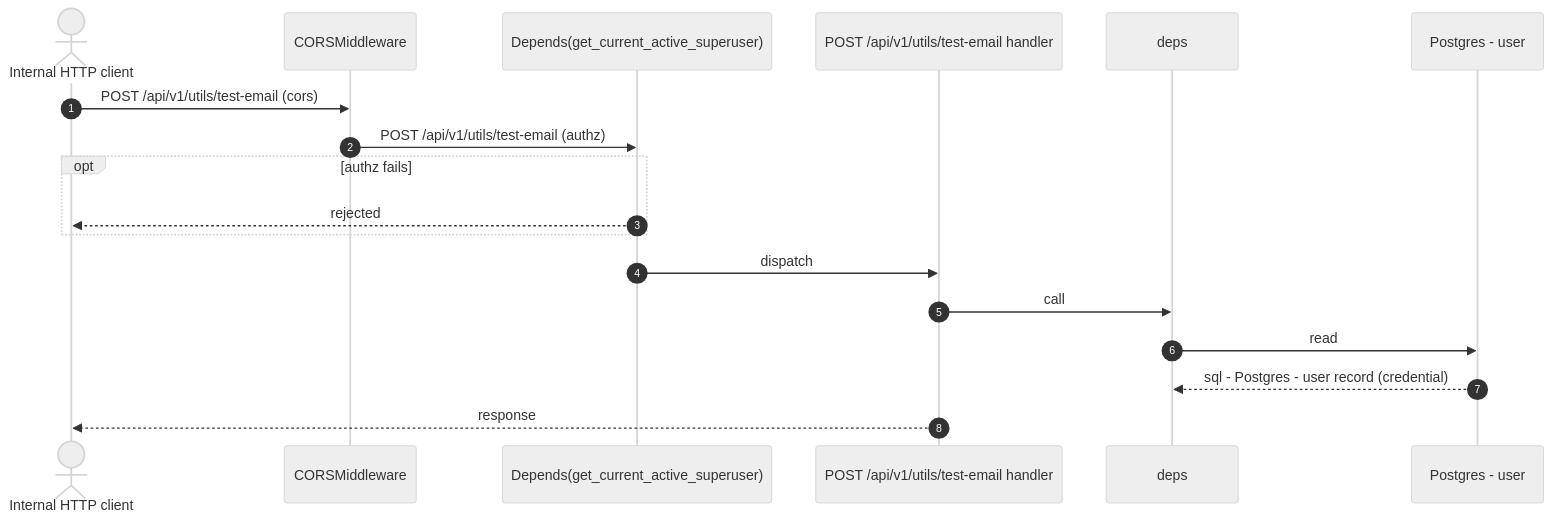
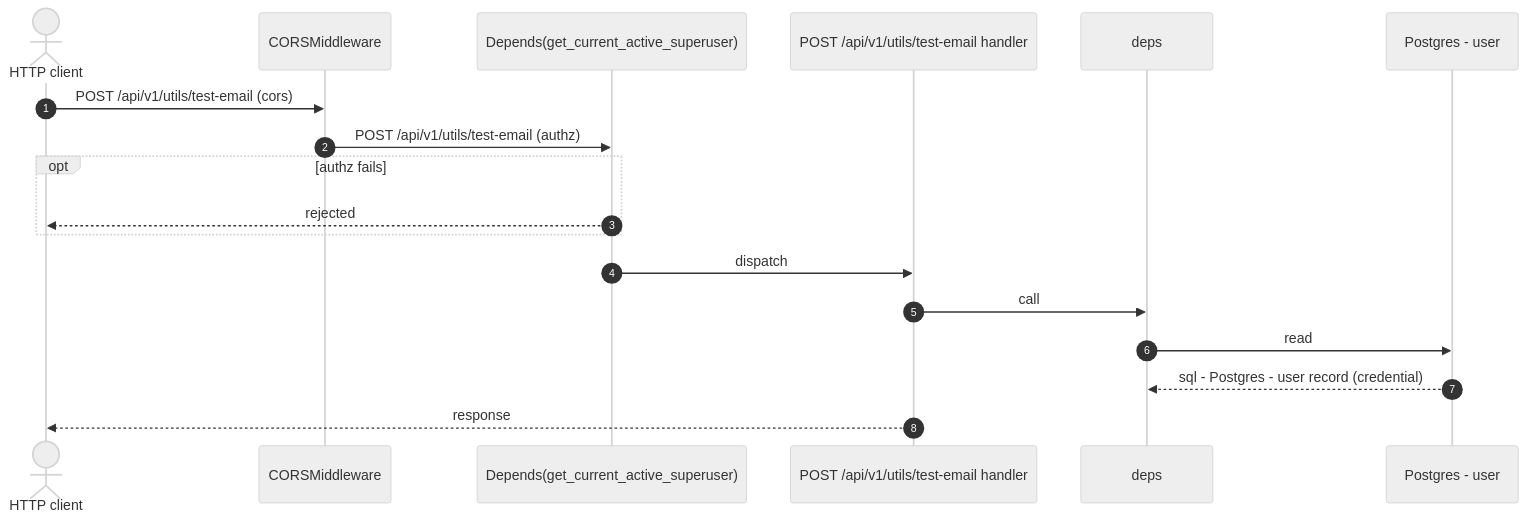
One commit to AskShri/code2designmapping changed the diagram in evaluation/fastapi-full-stack/diagrams/flow-2kez6lklmn.mmd. Above: the diagram before and after it, drawn with Mermaid (neutral theme). The commit also changed 164 other files, not shown here.

```diff
--- a/evaluation/fastapi-full-stack/diagrams/flow-2kez6lklmn.mmd
+++ b/evaluation/fastapi-full-stack/diagrams/flow-2kez6lklmn.mmd
@@ -1,19 +1,19 @@
 %% Control flow: POST /api/v1/utils/test-email
 sequenceDiagram
   autonumber
-  actor ext_3nnzcvcul3 as Internal HTTP client
+  actor ext_sga4qktkap as HTTP client
   participant ctl_wd5aciiryx as CORSMiddleware
   participant ctl_yjtluncq5r as Depends(get_current_active_superuser)
   participant proc_glq3za7d27 as POST /api/v1/utils/test-email handler
   participant proc_y2oca677vj as deps
   participant store_tvae56uepz as Postgres - user
-  ext_3nnzcvcul3->>ctl_wd5aciiryx: POST /api/v1/utils/test-email (cors)
+  ext_sga4qktkap->>ctl_wd5aciiryx: POST /api/v1/utils/test-email (cors)
   ctl_wd5aciiryx->>ctl_yjtluncq5r: POST /api/v1/utils/test-email (authz)
   opt authz fails
-    ctl_yjtluncq5r-->>ext_3nnzcvcul3: rejected
+    ctl_yjtluncq5r-->>ext_sga4qktkap: rejected
   end
   ctl_yjtluncq5r->>proc_glq3za7d27: dispatch
   proc_glq3za7d27->>proc_y2oca677vj: call
   proc_y2oca677vj->>store_tvae56uepz: read
   store_tvae56uepz-->>proc_y2oca677vj: sql - Postgres - user record (credential)
-  proc_glq3za7d27-->>ext_3nnzcvcul3: response
+  proc_glq3za7d27-->>ext_sga4qktkap: response
```
